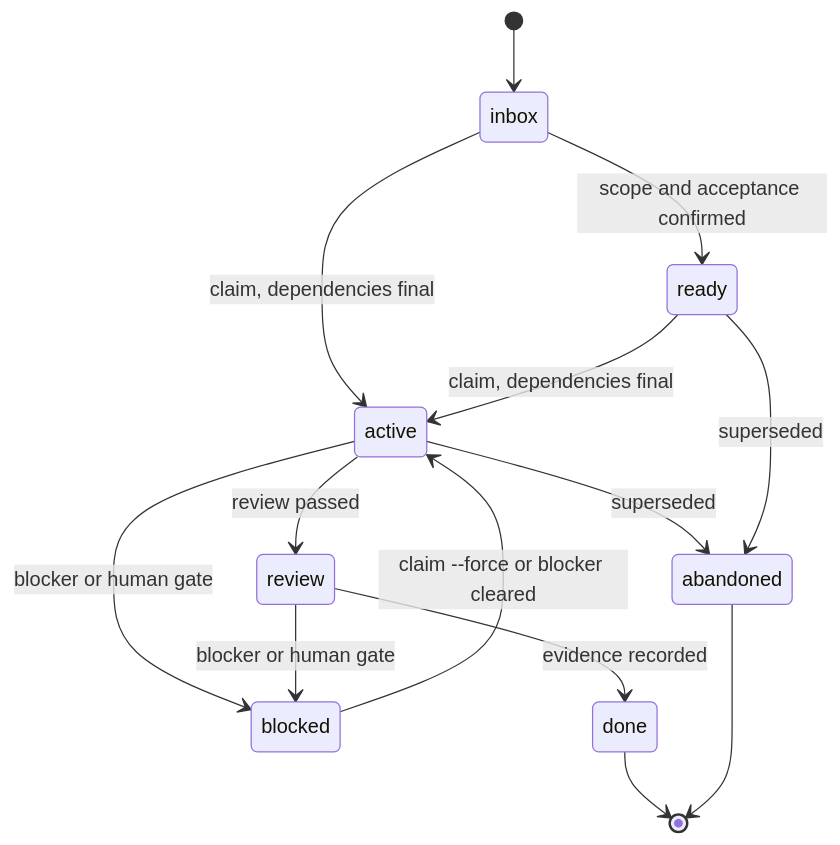
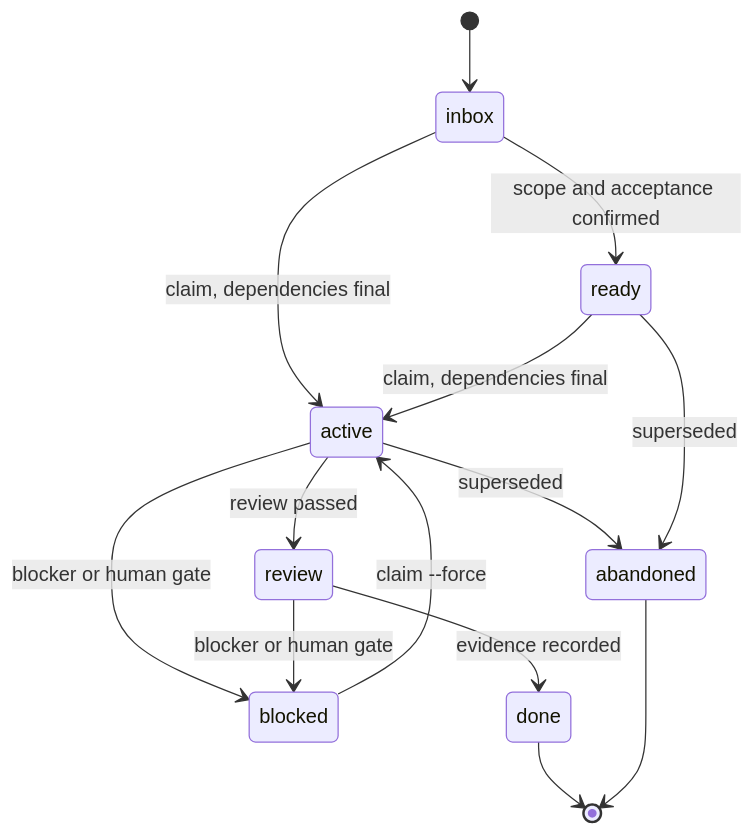
The first of 2 diagrams in docs/state-machines.md (ezcodelab/libreharness), drawn with Mermaid before and after one commit. The commit also changed 1 other file, not shown here.

Commit message:
docs: finish one-path wording

````diff
--- a/docs/state-machines.md
+++ b/docs/state-machines.md
@@ -43,16 +43,16 @@
 ```mermaid
 stateDiagram-v2
   [*] --> inbox
   inbox --> ready: scope and acceptance confirmed
   inbox --> active: claim, dependencies final
   ready --> active: claim, dependencies final
-  blocked --> active: claim --force or blocker cleared
+  blocked --> active: claim --force
   active --> review: review passed
   review --> done: evidence recorded
   active --> blocked: blocker or human gate
   review --> blocked: blocker or human gate
   active --> abandoned: superseded
   ready --> abandoned: superseded
   done --> [*]
   abandoned --> [*]
 ```
````
